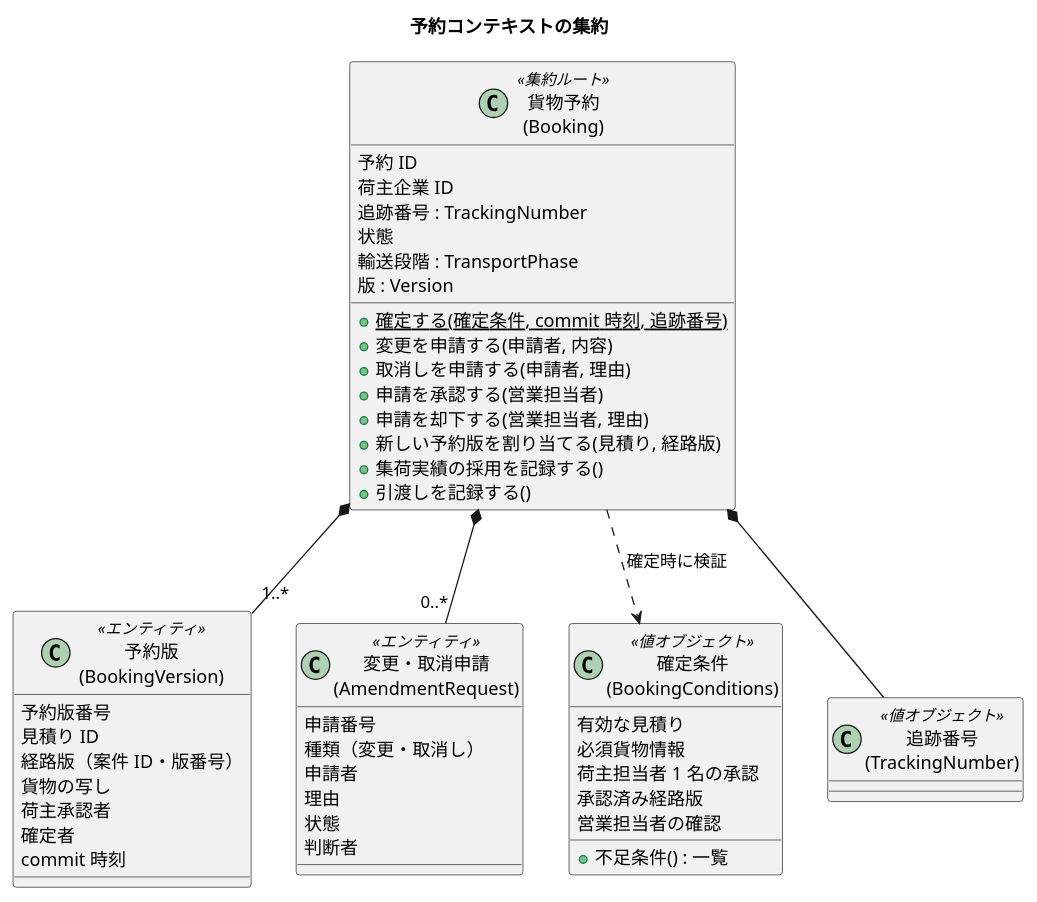
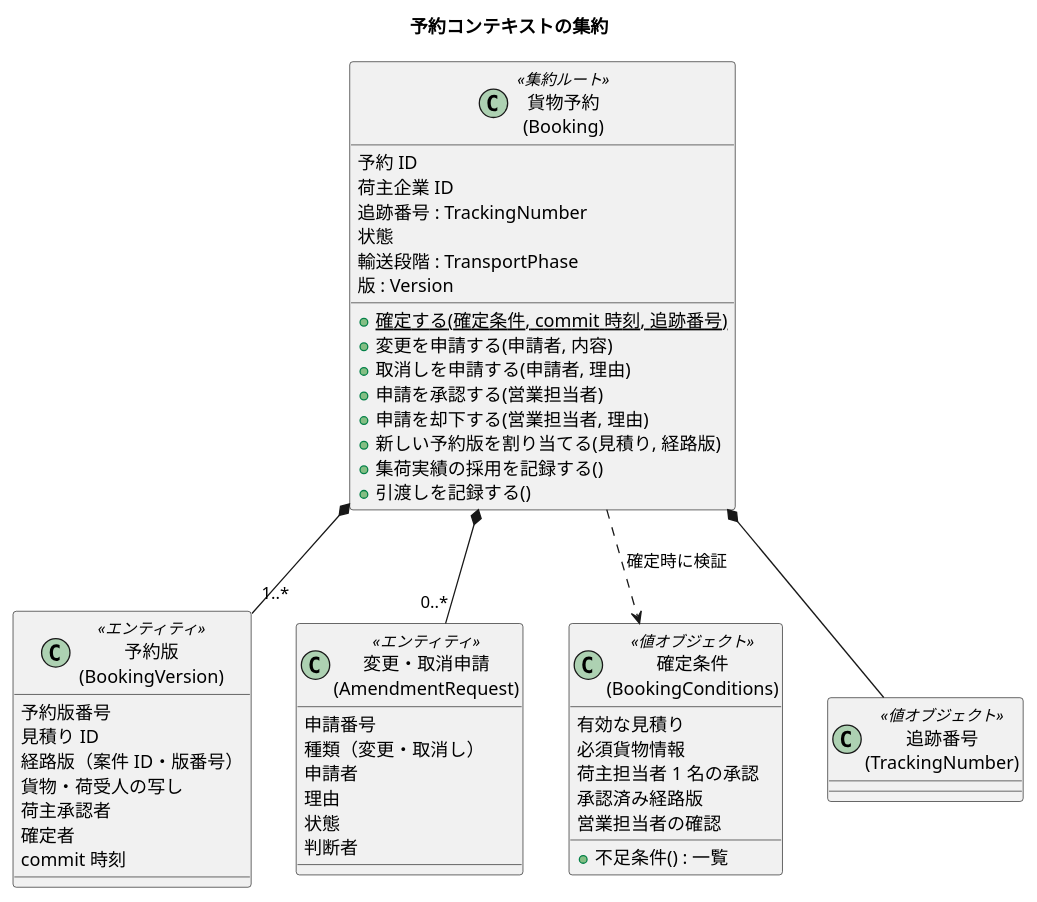
Before and after one commit to k2works/practical-domain-driven-design-in-enterpris-application: the eighth of 15 diagrams in docs/design/cargo-tracker/domain_model.md, drawn with PlantUML. The commit also changed other lines of this file and 9 other files, not shown here.

````diff
--- a/docs/design/cargo-tracker/domain_model.md
+++ b/docs/design/cargo-tracker/domain_model.md
@@ -451,51 +453,51 @@
 ```plantuml
 @startuml
 title 予約コンテキストの集約
 class "貨物予約\n(Booking)" as B <<集約ルート>> {
   予約 ID
   荷主企業 ID
   追跡番号 : TrackingNumber
   状態
   輸送段階 : TransportPhase
   版 : Version
   + {static} 確定する(確定条件, commit 時刻, 追跡番号)
   + 変更を申請する(申請者, 内容)
   + 取消しを申請する(申請者, 理由)
   + 申請を承認する(営業担当者)
   + 申請を却下する(営業担当者, 理由)
   + 新しい予約版を割り当てる(見積り, 経路版)
   + 集荷実績の採用を記録する()
   + 引渡しを記録する()
 }
 class "予約版\n(BookingVersion)" as BV <<エンティティ>> {
   予約版番号
   見積り ID
   経路版（案件 ID・版番号）
-  貨物の写し
+  貨物・荷受人の写し
   荷主承認者
   確定者
   commit 時刻
 }
 class "変更・取消申請\n(AmendmentRequest)" as AR <<エンティティ>> {
   申請番号
   種類（変更・取消し）
   申請者
   理由
   状態
   判断者
 }
 class "確定条件\n(BookingConditions)" as BC <<値オブジェクト>> {
   有効な見積り
   必須貨物情報
   荷主担当者 1 名の承認
   承認済み経路版
   営業担当者の確認
   + 不足条件() : 一覧
 }
 class "追跡番号\n(TrackingNumber)" as TN <<値オブジェクト>>
 B *-- "1..*" BV
 B *-- "0..*" AR
 B *-- TN
 B ..> BC : 確定時に検証
 @enduml
 ```
````
